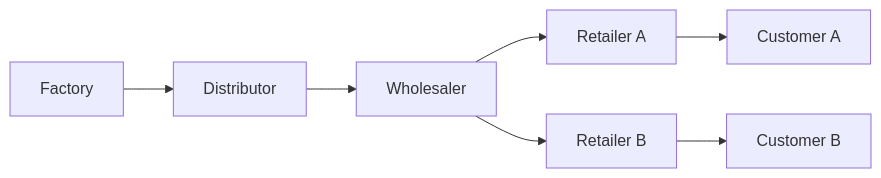
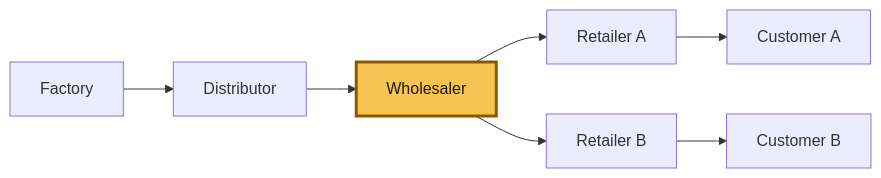
The diagram in README.md (ConstantinVictorBeatErtel/Supply_Chain_Bench), drawn with Mermaid before and after one commit. The commit also changed other lines of this file, not shown here.

Commit message:
Refocus README on wholesaler game

````diff
--- a/README.md
+++ b/README.md
@@ -13,6 +13,9 @@
 ```mermaid
 flowchart LR
-    F["Factory"] --> D["Distributor"] --> W["Wholesaler"]
-    W --> RA["Retailer A"] --> CA["Customer A"]
-    W --> RB["Retailer B"] --> CB["Customer B"]
+    F[Factory] --> D[Distributor] --> W[Wholesaler]
+    W --> RA[Retailer A] --> CA[Customer A]
+    W --> RB[Retailer B] --> CB[Customer B]
+
+    classDef focus fill:#f6c453,stroke:#8a5a00,stroke-width:3px,color:#241700;
+    class W focus;
 ```
````
